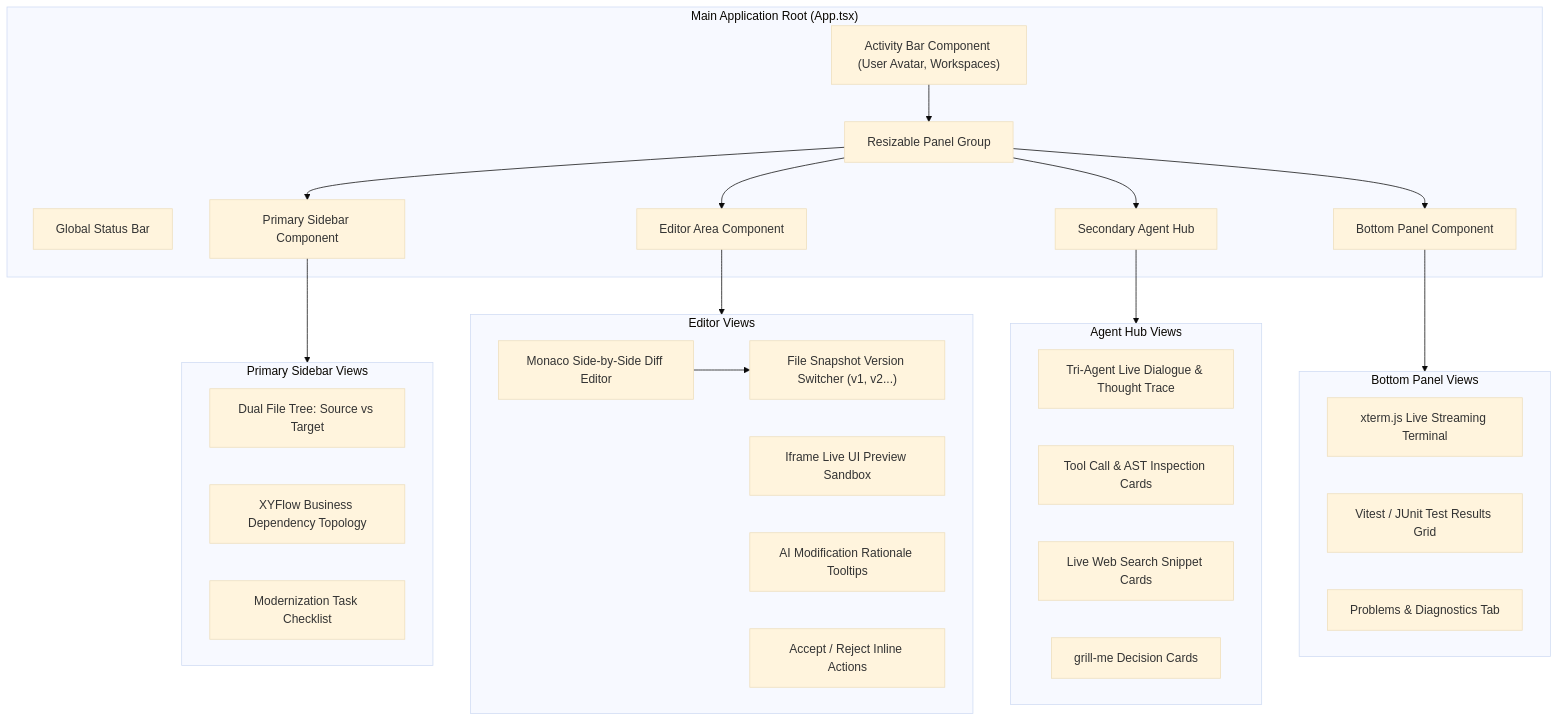
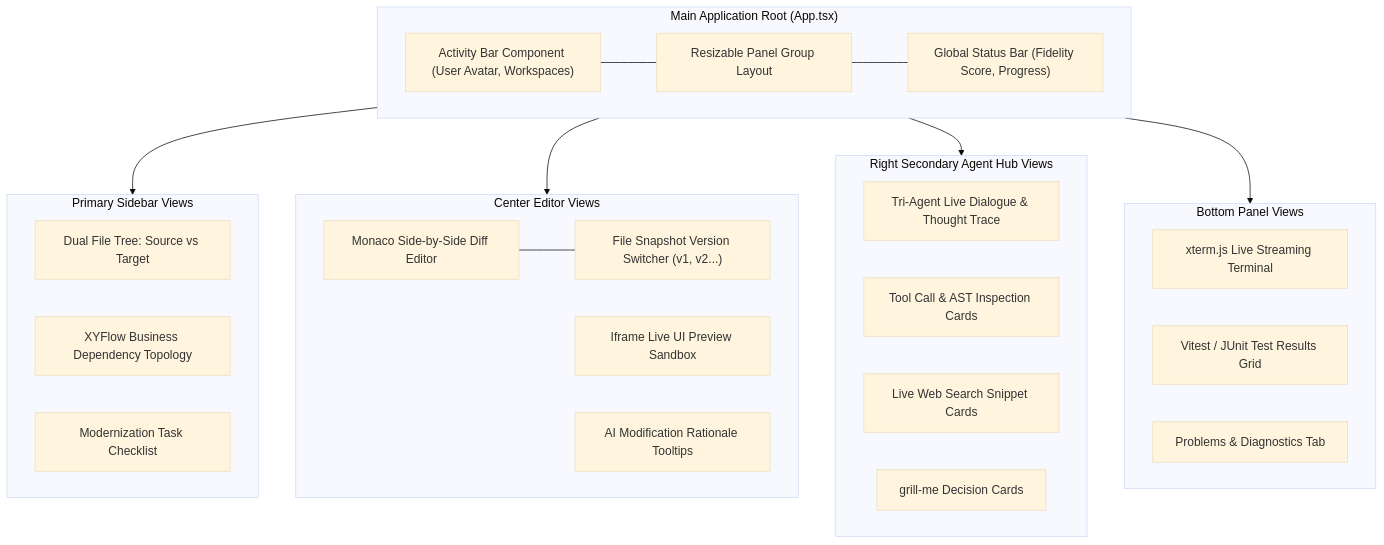
One commit to SakuraCianna/LegacyCodeModernizer changed the sixth of 6 diagrams in docs/architecture.md. Above: the diagram before and after it, drawn with Mermaid (base theme). The commit also changed other lines of this file and 7 other files, not shown here.

Commit message:
docs: 扁平化重构全量 Mermaid 图表，修复 Typora 嵌套报错与高清晰度垂直排版

````diff
--- a/docs/architecture.md
+++ b/docs/architecture.md
@@ -301,47 +257,42 @@
 ```mermaid
 graph TB
-    subgraph App ["Main Application Root (App.tsx)"]
+    subgraph MainAppRoot ["Main Application Root (App.tsx)"]
         ActivityBar["Activity Bar Component (User Avatar, Workspaces)"]
-        PanelGroup["Resizable Panel Group"]
-        StatusBar["Global Status Bar"]
-
-        ActivityBar --> PanelGroup
-        PanelGroup --> LeftSidebar["Primary Sidebar Component"]
-        PanelGroup --> CenterEditor["Editor Area Component"]
-        PanelGroup --> RightSidebar["Secondary Agent Hub"]
-        PanelGroup --> BottomPanel["Bottom Panel Component"]
+        PanelGroup["Resizable Panel Group Layout"]
+        StatusBar["Global Status Bar (Fidelity Score, Progress)"]
+        ActivityBar --- PanelGroup
+        PanelGroup --- StatusBar
     end
 
-    subgraph LeftSidebarComponents ["Primary Sidebar Views"]
+    subgraph SidebarViews ["Primary Sidebar Views"]
         FileTree["Dual File Tree: Source vs Target"]
         BusinessMap["XYFlow Business Dependency Topology"]
         TaskRoadmap["Modernization Task Checklist"]
     end
 
-    subgraph CenterEditorComponents ["Editor Views"]
+    subgraph EditorViews ["Center Editor Views"]
         MonacoDiff["Monaco Side-by-Side Diff Editor"]
         LiveSandboxView["Iframe Live UI Preview Sandbox"]
         VersionSelector["File Snapshot Version Switcher (v1, v2...)"]
         RationaleBadge["AI Modification Rationale Tooltips"]
-        InlineReview["Accept / Reject Inline Actions"]
-        MonacoDiff --> VersionSelector
+        MonacoDiff --- VersionSelector
     end
 
-    subgraph RightSidebarComponents ["Agent Hub Views"]
+    subgraph AgentViews ["Right Secondary Agent Hub Views"]
         AgentChat["Tri-Agent Live Dialogue & Thought Trace"]
         ToolBadge["Tool Call & AST Inspection Cards"]
         DocSnippet["Live Web Search Snippet Cards"]
         GrillCard["grill-me Decision Cards"]
     end
 
-    subgraph BottomPanelComponents ["Bottom Panel Views"]
+    subgraph BottomViews ["Bottom Panel Views"]
         XtermTerminal["xterm.js Live Streaming Terminal"]
         TestRunner["Vitest / JUnit Test Results Grid"]
         LinterProblems["Problems & Diagnostics Tab"]
     end
 
-    LeftSidebar --> LeftSidebarComponents
-    CenterEditor --> CenterEditorComponents
-    RightSidebar --> RightSidebarComponents
-    BottomPanel --> BottomPanelComponents
+    MainAppRoot --> SidebarViews
+    MainAppRoot --> EditorViews
+    MainAppRoot --> AgentViews
+    MainAppRoot --> BottomViews
 ```
````
